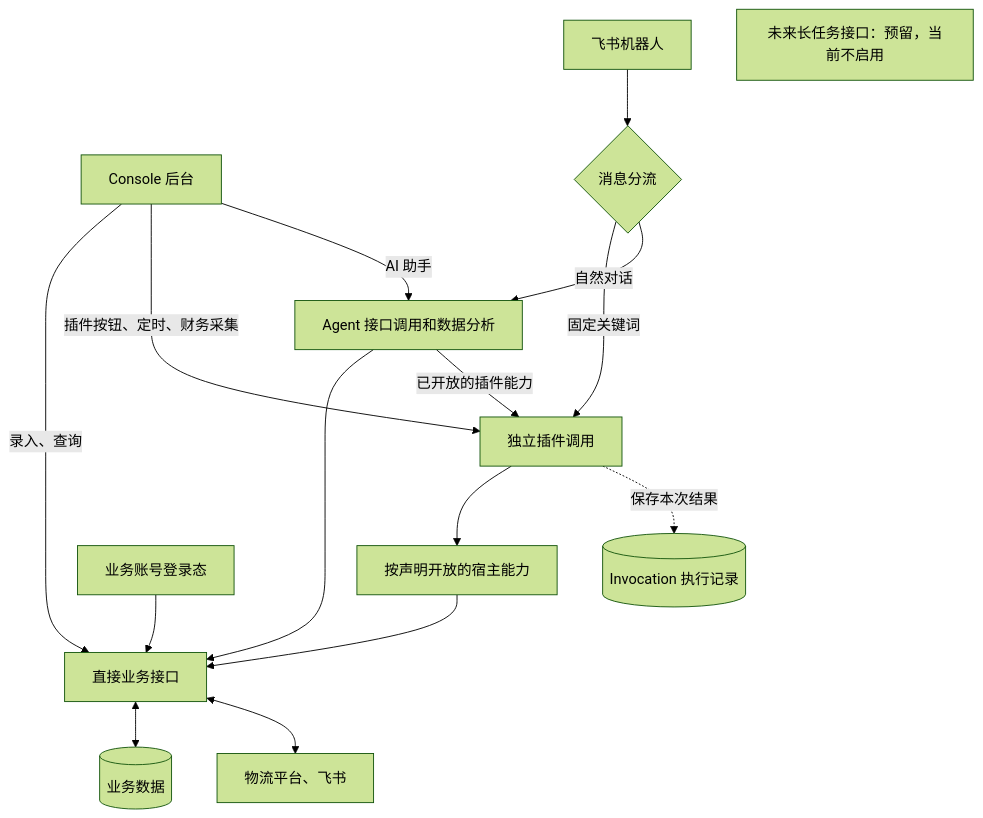
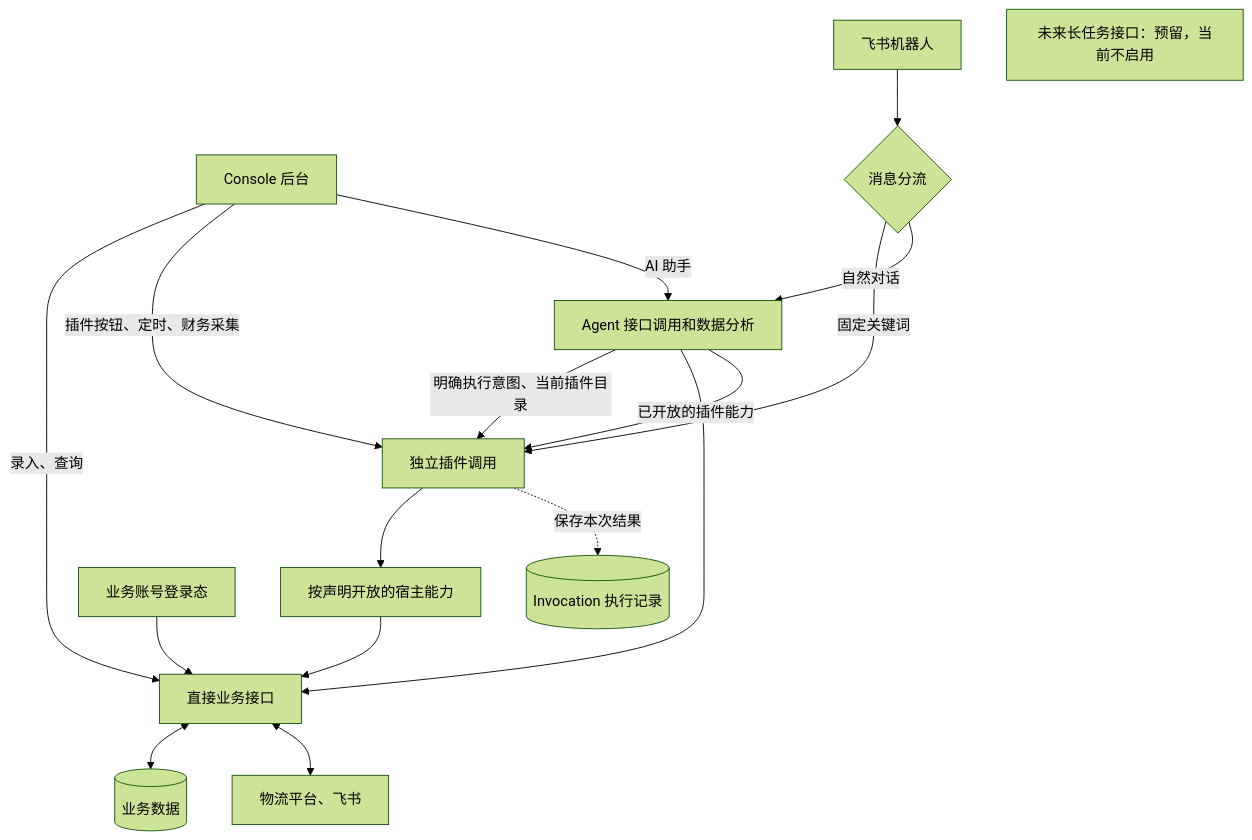
The diagram in docs/architecture_direct_invocation.md (syzgldk150-pixel/boyi-logistics), drawn with Mermaid (forest theme) before and after one commit. The commit also changed other lines of this file and 32 other files, not shown here.

````diff
--- a/docs/architecture_direct_invocation.md
+++ b/docs/architecture_direct_invocation.md
@@ -16,18 +30,19 @@
 ```mermaid
 flowchart TB
     Console[Console 后台] -->|录入、查询| Business[直接业务接口]
     Console -->|插件按钮、定时、财务采集| Plugins[独立插件调用]
     Feishu[飞书机器人] --> Split{消息分流}
     Split -->|固定关键词| Plugins
     Split -->|自然对话| Agent[Agent 接口调用和数据分析]
+    Agent -->|明确执行意图、当前插件目录| Plugins
     Console -->|AI 助手| Agent
     Agent --> Business
     Agent -->|已开放的插件能力| Plugins
     Plugins --> Broker[按声明开放的宿主能力]
     Broker --> Business
     Accounts[业务账号登录态] --> Business
     Business <--> DB[(业务数据)]
     Business <--> External[物流平台、飞书]
     Plugins -.保存本次结果.-> Records[(Invocation 执行记录)]
     Long[未来长任务接口：预留，当前不启用]
 ```
````
